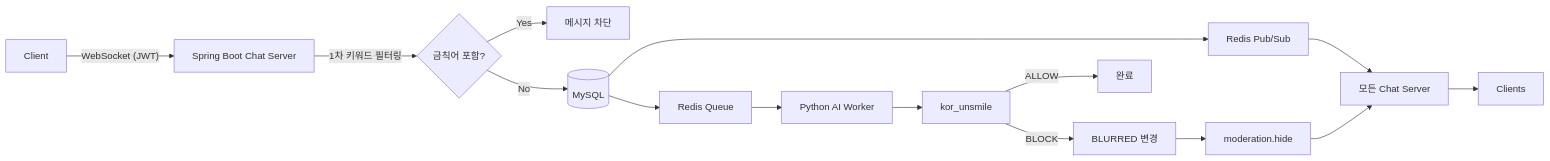
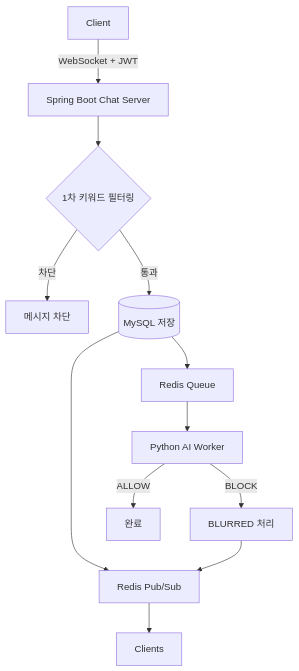
One commit to CLD-05/team1-chatguard-app changed the diagram in README.md. Above: the diagram before and after it, drawn with Mermaid. The commit also changed other lines of this file, not shown here.

````diff
--- a/README.md
+++ b/README.md
@@ -25,31 +26,23 @@
 ```mermaid
-flowchart LR
+flowchart TD
 
-Client["Client"] -->|"WebSocket (JWT)"| Chat["Spring Boot Chat Server"]
+Client[Client]
+    -->|WebSocket + JWT| Server[Spring Boot Chat Server]
 
-Chat -->|"1차 키워드 필터링"| Filter{"금칙어 포함?"}
+Server --> Filter{1차 키워드 필터링}
 
-Filter -->|Yes| Reject["메시지 차단"]
+Filter -->|차단| Reject[메시지 차단]
 
-Filter -->|No| DB[("MySQL")]
+Filter -->|통과| Save[(MySQL 저장)]
 
-DB --> Pub["Redis Pub/Sub"]
+Save --> Pub[Redis Pub/Sub]
+Pub --> Users[Clients]
 
-Pub --> Broadcast["모든 Chat Server"]
+Save --> Queue[Redis Queue]
+Queue --> Worker[Python AI Worker]
 
-Broadcast --> Users["Clients"]
+Worker -->|ALLOW| End[완료]
+Worker -->|BLOCK| Blur[BLURRED 처리]
 
-DB --> Queue["Redis Queue"]
-
-Queue --> Worker["Python AI Worker"]
-
-Worker --> AI["kor_unsmile"]
-
-AI -->|ALLOW| End["완료"]
-
-AI -->|BLOCK| Blur["BLURRED 변경"]
-
-Blur --> Hide["moderation.hide"]
-
-Hide --> Broadcast
+Blur --> Pub
 ```
````
